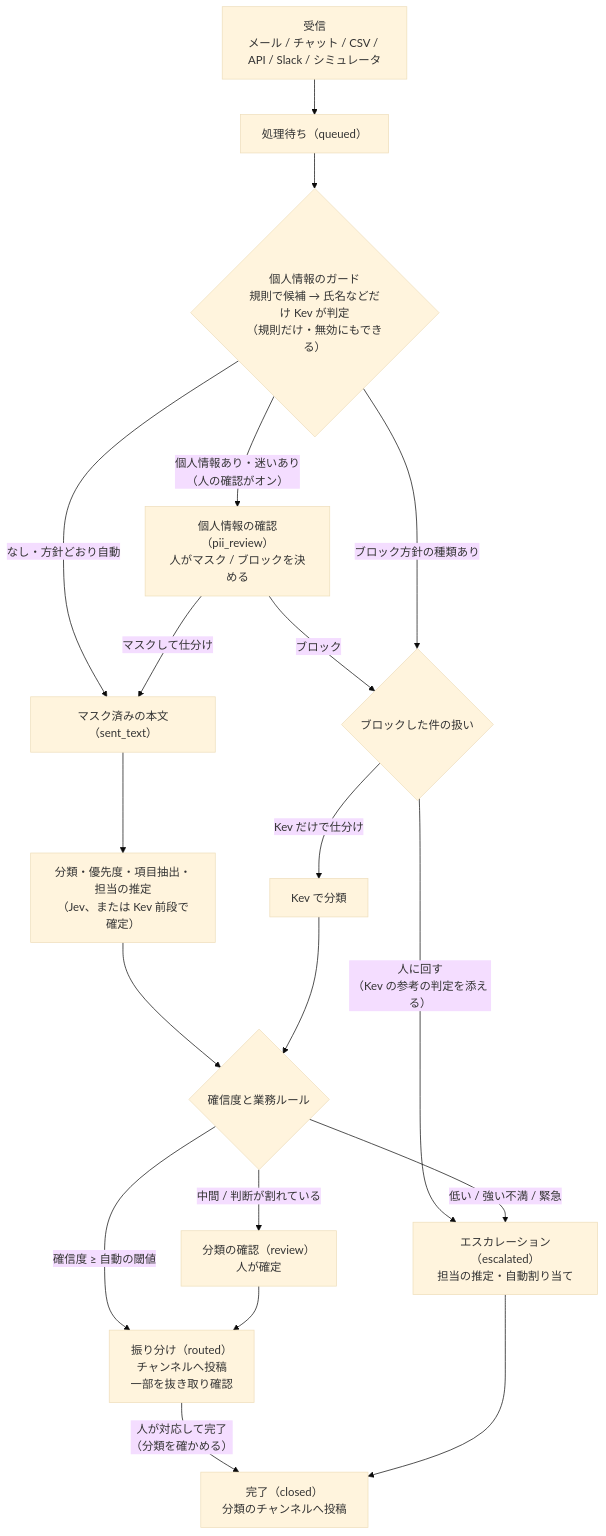
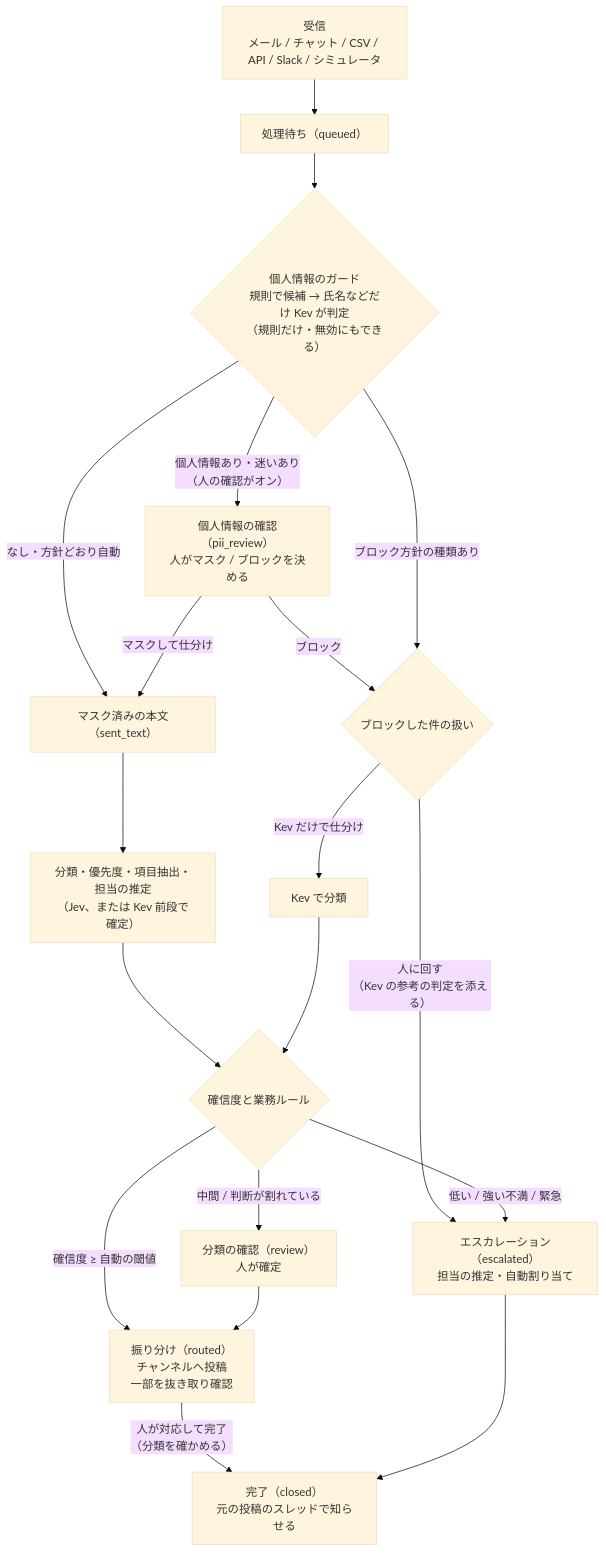
The second of 2 diagrams in docs/architecture.md (k-shimura7617/jevlab), drawn with Mermaid (base theme) before and after one commit. The commit also changed other lines of this file and 18 other files, not shown here.

````diff
--- a/docs/architecture.md
+++ b/docs/architecture.md
@@ -139,21 +140,21 @@
 ```mermaid
 flowchart TD
   In["受信<br/>メール / チャット / CSV / API / Slack / シミュレータ"] --> Q["処理待ち（queued）"]
   Q --> G{"個人情報のガード<br/>規則で候補 → 氏名などだけ Kev が判定<br/>（規則だけ・無効にもできる）"}
   G -- "個人情報あり・迷いあり<br/>（人の確認がオン）" --> P["個人情報の確認（pii_review）<br/>人がマスク / ブロックを決める"]
   G -- "なし・方針どおり自動" --> M["マスク済みの本文（sent_text）"]
   P -- "マスクして仕分け" --> M
   P -- "ブロック" --> B{"ブロックした件の扱い"}
   G -- "ブロック方針の種類あり" --> B
   B -- "人に回す<br/>（Kev の参考の判定を添える）" --> E
   B -- "Kev だけで仕分け" --> KV["Kev で分類"]
   M --> C["分類・優先度・項目抽出・担当の推定<br/>（Jev、または Kev 前段で確定）"]
   C --> R{"確信度と業務ルール"}
   R -- "確信度 ≥ 自動の閾値" --> RT["振り分け（routed）<br/>チャンネルへ投稿<br/>一部を抜き取り確認"]
   R -- "中間 / 判断が割れている" --> RV["分類の確認（review）<br/>人が確定"]
   R -- "低い / 強い不満 / 緊急" --> E["エスカレーション（escalated）<br/>担当の推定・自動割り当て"]
   RV --> RT
   RT -- "人が対応して完了<br/>（分類を確かめる）" --> CL
-  E --> CL["完了（closed）<br/>分類のチャンネルへ投稿"]
+  E --> CL["完了（closed）<br/>元の投稿のスレッドで知らせる"]
   KV --> R
 ```
````
